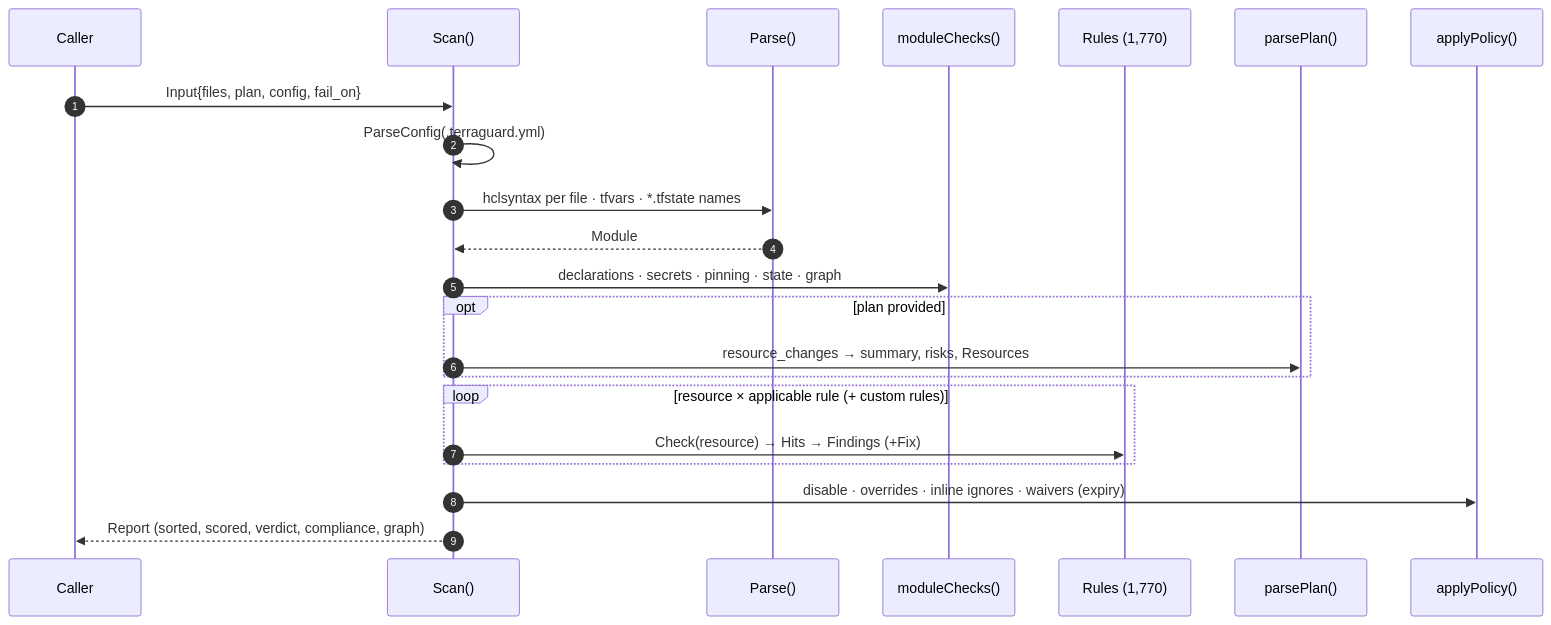
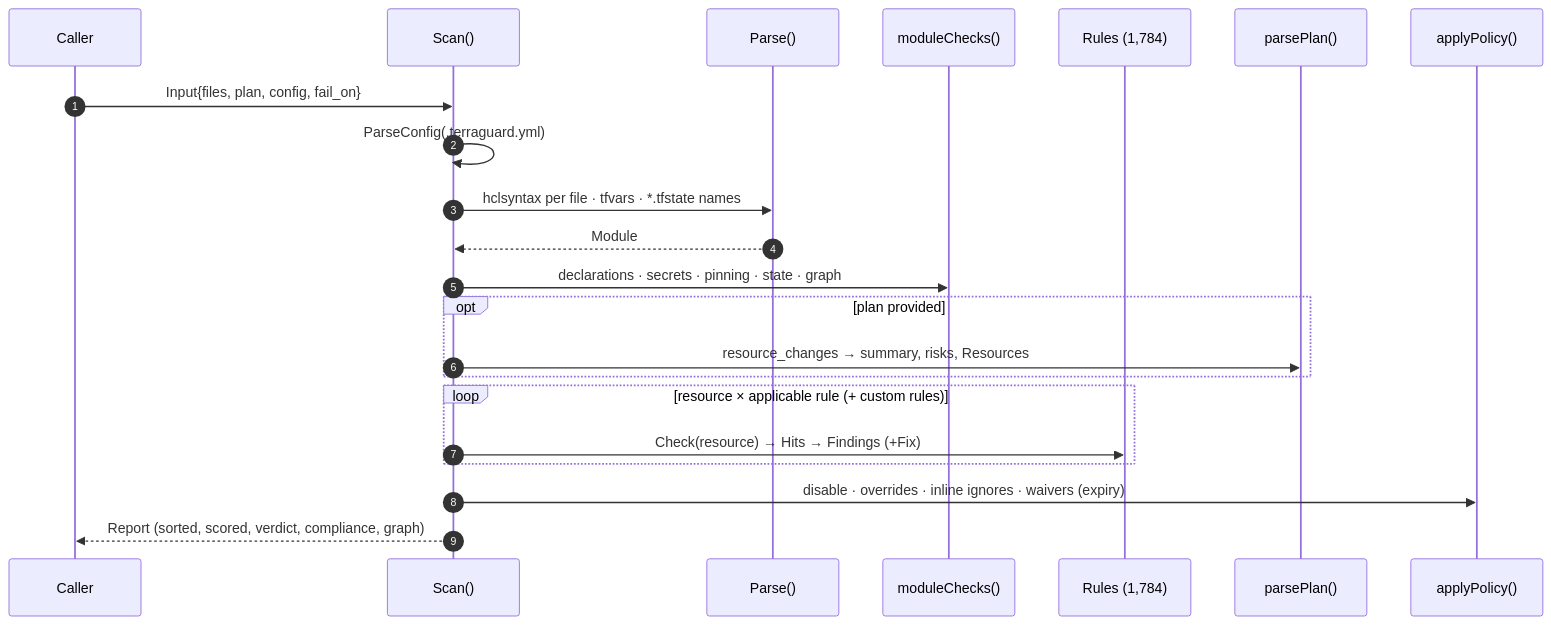
Before and after one commit to Karthik-099/TERRAGUARD: the sixth of 13 diagrams in docs/ARCHITECTURE.md, drawn with Mermaid. The commit also changed other lines of this file and 63 other files, not shown here.

````diff
--- a/docs/ARCHITECTURE.md
+++ b/docs/ARCHITECTURE.md
@@ -259,24 +259,24 @@
 ```mermaid
 sequenceDiagram
   autonumber
   participant C as Caller
   participant S as Scan()
   participant P as Parse()
   participant MC as moduleChecks()
-  participant RR as Rules (1,770)
+  participant RR as Rules (1,784)
   participant PL as parsePlan()
   participant PO as applyPolicy()
   C->>S: Input{files, plan, config, fail_on}
   S->>S: ParseConfig(.terraguard.yml)
   S->>P: hclsyntax per file · tfvars · *.tfstate names
   P-->>S: Module
   S->>MC: declarations · secrets · pinning · state · graph
   opt plan provided
     S->>PL: resource_changes → summary, risks, Resources
   end
   loop resource × applicable rule (+ custom rules)
     S->>RR: Check(resource) → Hits → Findings (+Fix)
   end
   S->>PO: disable · overrides · inline ignores · waivers (expiry)
   S-->>C: Report (sorted, scored, verdict, compliance, graph)
 ```
````
